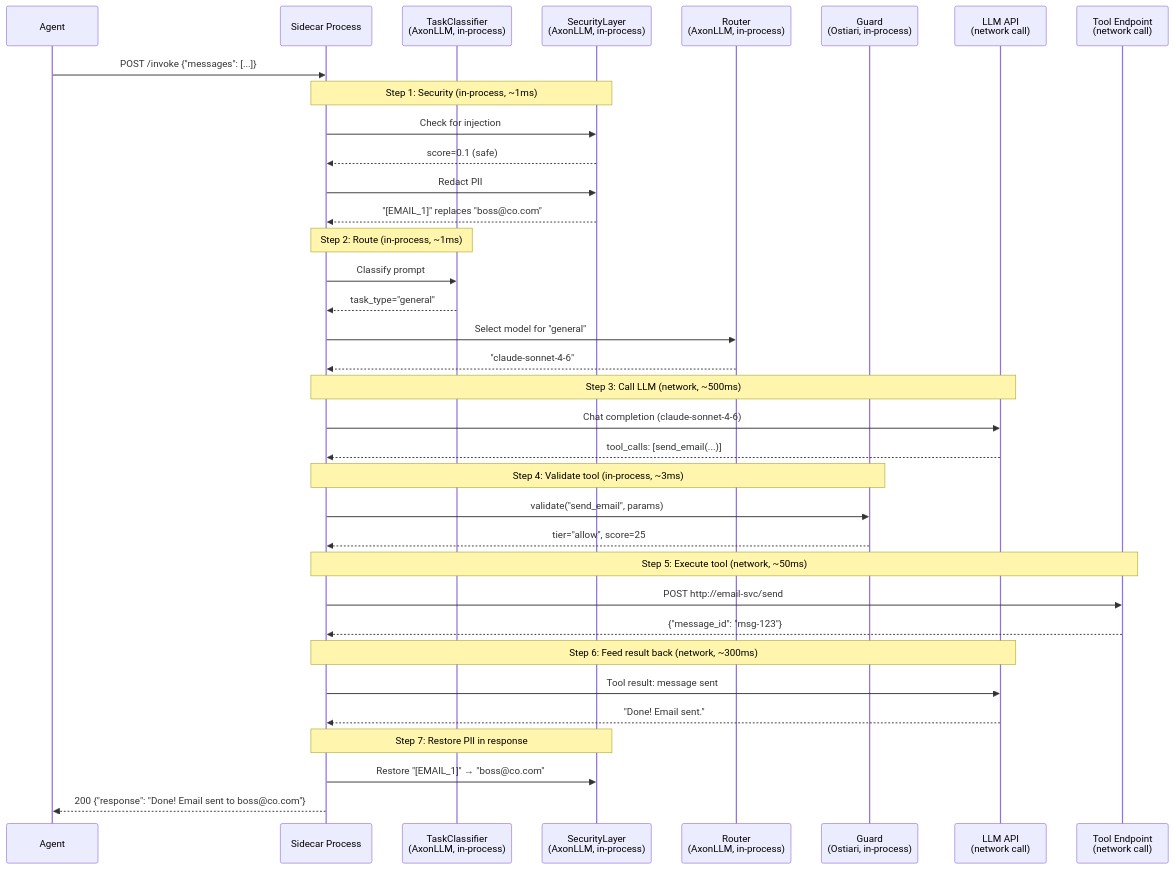
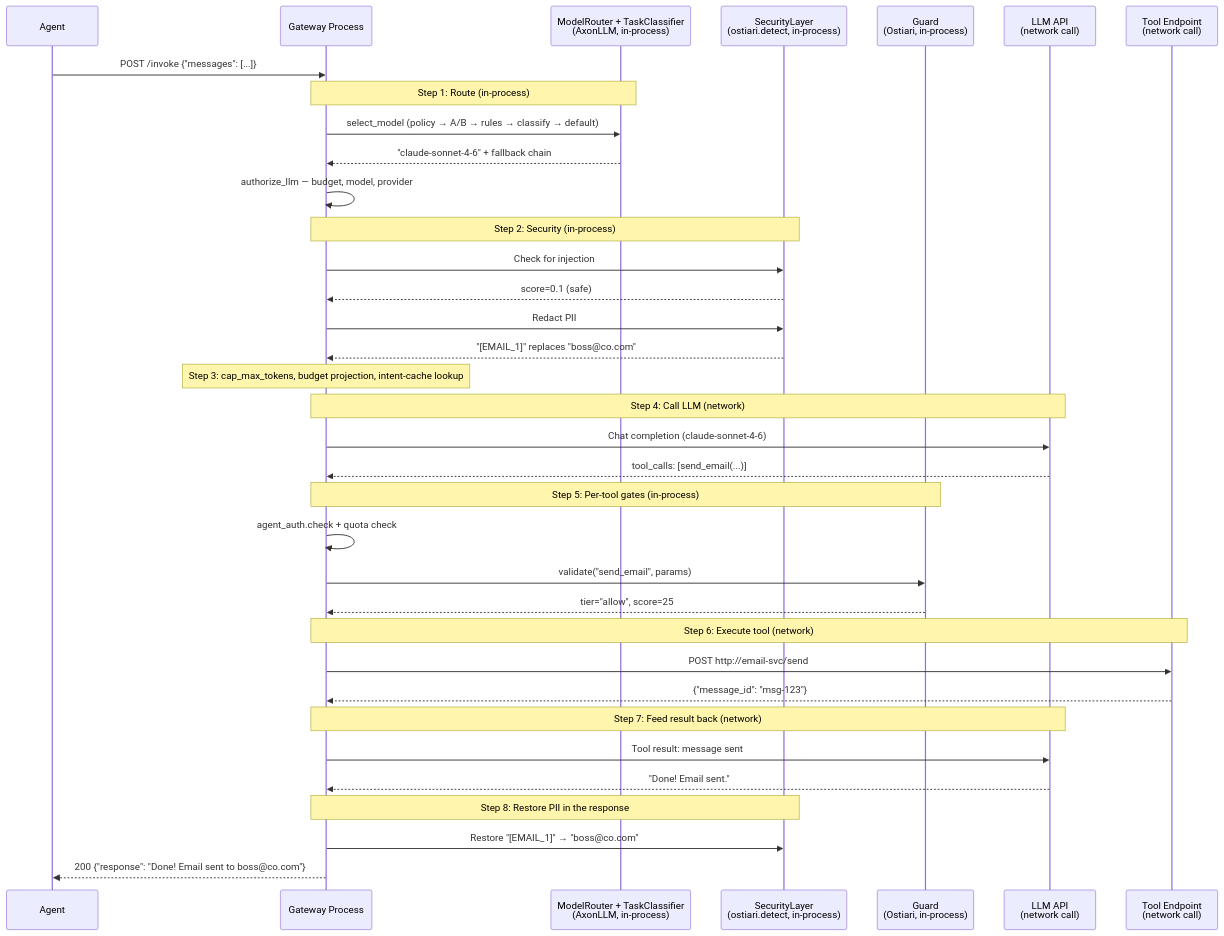
One commit to hk-775/ostiari changed diagram 19 of 41 in docs/gateway-architecture.md. Above: the diagram before and after it, drawn with Mermaid. The commit also changed other lines of this file and 21 other files, not shown here.

````diff
--- a/docs/gateway-architecture.md
+++ b/docs/gateway-architecture.md
@@ -1385,46 +1811,47 @@
 ```mermaid
 sequenceDiagram
     participant Agent
-    participant Sidecar as Sidecar Process
-    participant TC as TaskClassifier<br/>(AxonLLM, in-process)
-    participant SEC as SecurityLayer<br/>(AxonLLM, in-process)
-    participant Router as Router<br/>(AxonLLM, in-process)
+    participant GW as Gateway Process
+    participant Router as ModelRouter + TaskClassifier<br/>(AxonLLM, in-process)
+    participant SEC as SecurityLayer<br/>(ostiari.detect, in-process)
     participant Guard as Guard<br/>(Ostiari, in-process)
     participant LLM as LLM API<br/>(network call)
     participant Tool as Tool Endpoint<br/>(network call)
 
-    Agent->>Sidecar: POST /invoke {"messages": [...]}
+    Agent->>GW: POST /invoke {"messages": [...]}
 
-    Note over Sidecar,SEC: Step 1: Security (in-process, ~1ms)
-    Sidecar->>SEC: Check for injection
-    SEC-->>Sidecar: score=0.1 (safe)
-    Sidecar->>SEC: Redact PII
-    SEC-->>Sidecar: "[EMAIL_1]" replaces "boss@co.com"
+    Note over GW,Router: Step 1: Route (in-process)
+    GW->>Router: select_model (policy → A/B → rules → classify → default)
+    Router-->>GW: "claude-sonnet-4-6" + fallback chain
+    GW->>GW: authorize_llm — budget, model, provider
 
-    Note over Sidecar,TC: Step 2: Route (in-process, ~1ms)
-    Sidecar->>TC: Classify prompt
-    TC-->>Sidecar: task_type="general"
-    Sidecar->>Router: Select model for "general"
-    Router-->>Sidecar: "claude-sonnet-4-6"
+    Note over GW,SEC: Step 2: Security (in-process)
+    GW->>SEC: Check for injection
+    SEC-->>GW: score=0.1 (safe)
+    GW->>SEC: Redact PII
+    SEC-->>GW: "[EMAIL_1]" replaces "boss@co.com"
 
-    Note over Sidecar,LLM: Step 3: Call LLM (network, ~500ms)
-    Sidecar->>LLM: Chat completion (claude-sonnet-4-6)
-    LLM-->>Sidecar: tool_calls: [send_email(...)]
+    Note over GW: Step 3: cap_max_tokens, budget projection, intent-cache lookup
 
-    Note over Sidecar,Guard: Step 4: Validate tool (in-process, ~3ms)
-    Sidecar->>Guard: validate("send_email", params)
-    Guard-->>Sidecar: tier="allow", score=25
+    Note over GW,LLM: Step 4: Call LLM (network)
+    GW->>LLM: Chat completion (claude-sonnet-4-6)
+    LLM-->>GW: tool_calls: [send_email(...)]
 
-    Note over Sidecar,Tool: Step 5: Execute tool (network, ~50ms)
-    Sidecar->>Tool: POST http://email-svc/send
-    Tool-->>Sidecar: {"message_id": "msg-123"}
+    Note over GW,Guard: Step 5: Per-tool gates (in-process)
+    GW->>GW: agent_auth.check + quota check
+    GW->>Guard: validate("send_email", params)
+    Guard-->>GW: tier="allow", score=25
 
-    Note over Sidecar,LLM: Step 6: Feed result back (network, ~300ms)
-    Sidecar->>LLM: Tool result: message sent
-    LLM-->>Sidecar: "Done! Email sent."
+    Note over GW,Tool: Step 6: Execute tool (network)
+    GW->>Tool: POST http://email-svc/send
+    Tool-->>GW: {"message_id": "msg-123"}
 
-    Note over Sidecar,SEC: Step 7: Restore PII in response
-    Sidecar->>SEC: Restore "[EMAIL_1]" → "boss@co.com"
+    Note over GW,LLM: Step 7: Feed result back (network)
+    GW->>LLM: Tool result: message sent
+    LLM-->>GW: "Done! Email sent."
 
-    Sidecar-->>Agent: 200 {"response": "Done! Email sent to boss@co.com"}
+    Note over GW,SEC: Step 8: Restore PII in the response
+    GW->>SEC: Restore "[EMAIL_1]" → "boss@co.com"
+
+    GW-->>Agent: 200 {"response": "Done! Email sent to boss@co.com"}
 ```
````
